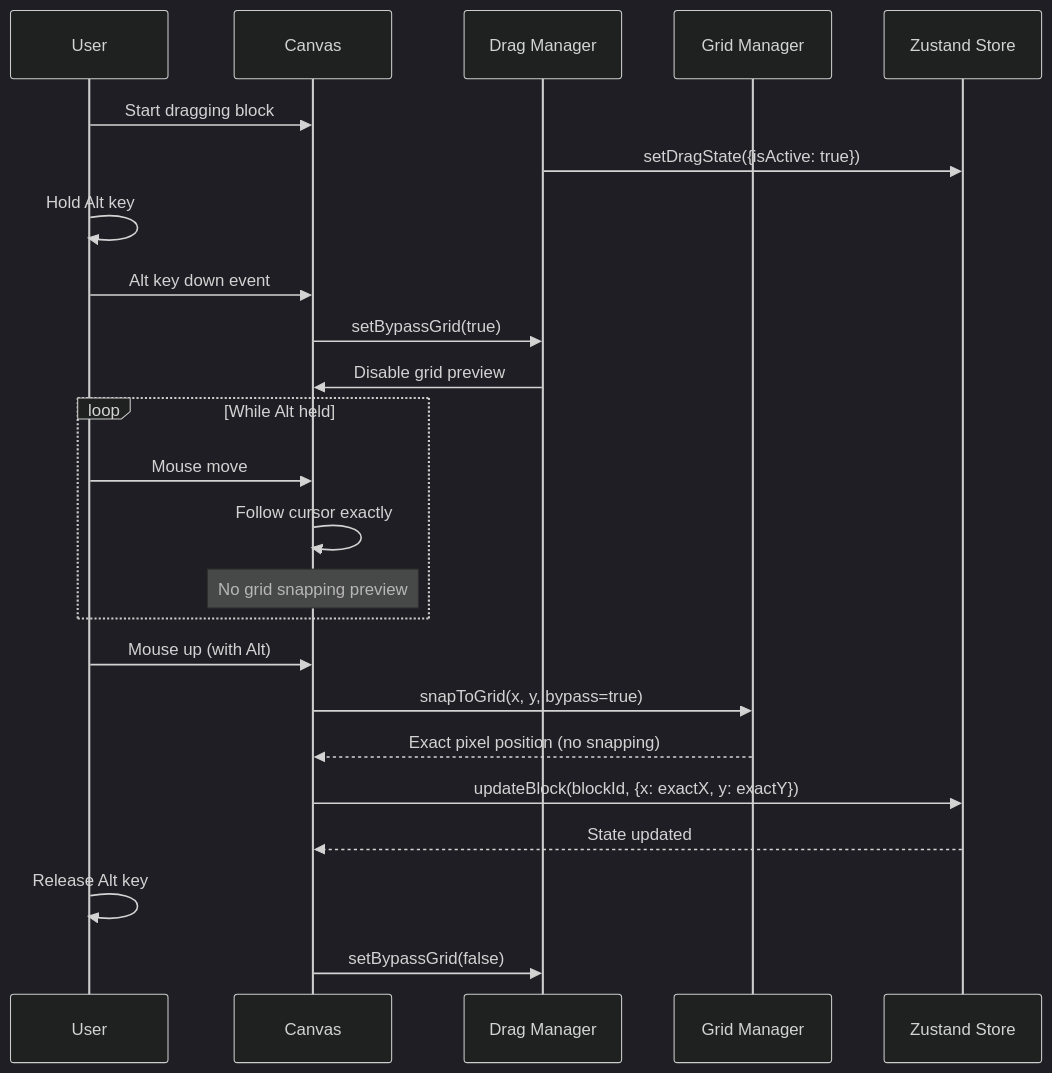
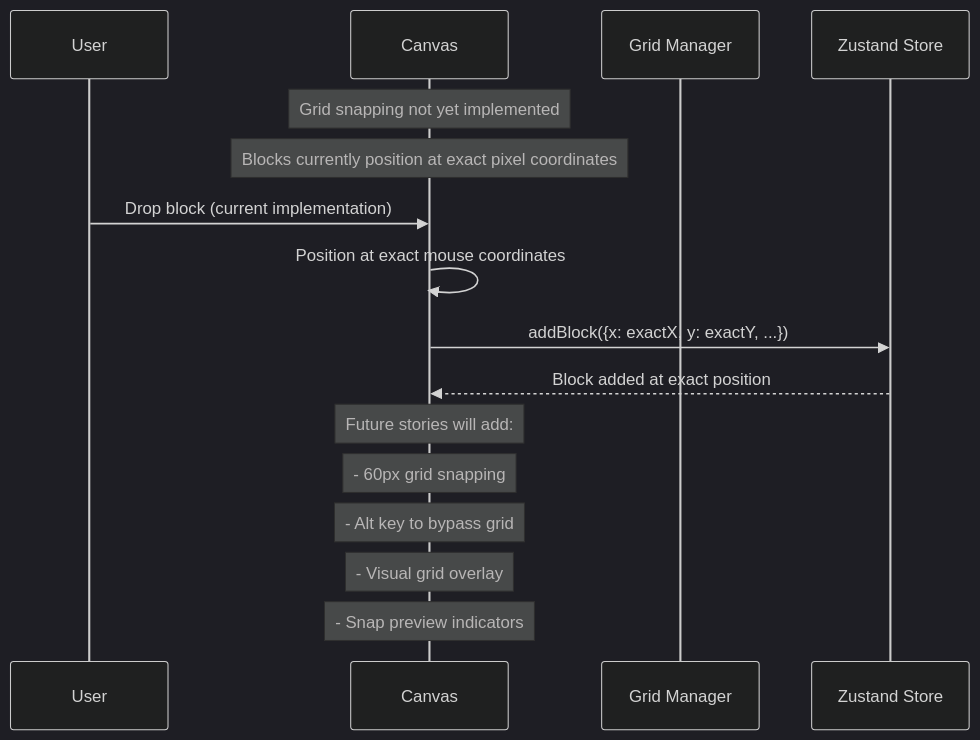
One commit to litkeys/DraftCN changed the sixth of 8 diagrams in docs/architecture.md. Above: the diagram before and after it, drawn with Mermaid (dark theme). The commit also changed other lines of this file and 1 other file, not shown here.

````diff
--- a/docs/architecture.md
+++ b/docs/architecture.md
@@ -748,31 +733,21 @@
 ```mermaid
 sequenceDiagram
     participant User
     participant Canvas
-    participant DragMgr as Drag Manager
     participant GridMgr as Grid Manager
     participant Store as Zustand Store
 
-    User->>Canvas: Start dragging block
-    DragMgr->>Store: setDragState({isActive: true})
-    
-    User->>User: Hold Alt key
-    User->>Canvas: Alt key down event
-    Canvas->>DragMgr: setBypassGrid(true)
-    DragMgr->>Canvas: Disable grid preview
-    
-    loop While Alt held
-        User->>Canvas: Mouse move
-        Canvas->>Canvas: Follow cursor exactly
-        Note over Canvas: No grid snapping preview
-    end
-    
-    User->>Canvas: Mouse up (with Alt)
-    Canvas->>GridMgr: snapToGrid(x, y, bypass=true)
-    GridMgr-->>Canvas: Exact pixel position (no snapping)
-    Canvas->>Store: updateBlock(blockId, {x: exactX, y: exactY})
-    Store-->>Canvas: State updated
-    
-    User->>User: Release Alt key
-    Canvas->>DragMgr: setBypassGrid(false)
+    Note over Canvas: Grid snapping not yet implemented
+    Note over Canvas: Blocks currently position at exact pixel coordinates
+
+    User->>Canvas: Drop block (current implementation)
+    Canvas->>Canvas: Position at exact mouse coordinates
+    Canvas->>Store: addBlock({x: exactX, y: exactY, ...})
+    Store-->>Canvas: Block added at exact position
+
+    Note over Canvas: Future stories will add:
+    Note over Canvas: - 60px grid snapping
+    Note over Canvas: - Alt key to bypass grid
+    Note over Canvas: - Visual grid overlay
+    Note over Canvas: - Snap preview indicators
 ```
````
